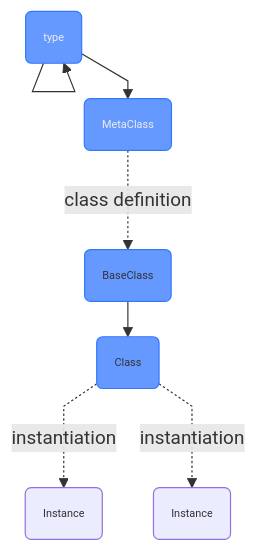
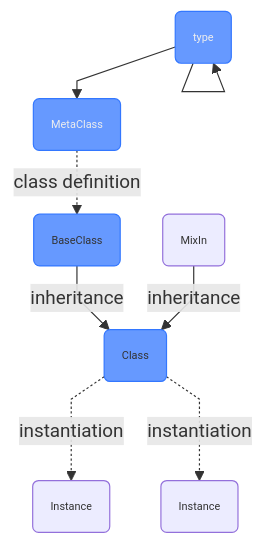
One commit to pyTooling/pyTooling changed the tenth of 14 diagrams in doc/Glossary.rst. Above: the diagram before and after it, drawn with Mermaid. The commit also changed 3 other files, not shown here.

```diff
--- a/doc/Glossary.rst
+++ b/doc/Glossary.rst
@@ -306,18 +306,20 @@
      .. mermaid::
         :caption: Relation of meta-classes, classes and instances.
 
         %%{init: { "flowchart": { "nodeSpacing": 15, "rankSpacing": 30, "curve": "linear", "useMaxWidth": false } } }%%
         graph TD
           T(type)
           ET(MetaClass)
           B(BaseClass)
+          M(MixIn)
           C(Class)
           I1(Instance);I2(Instance)
 
           T --> T
-          T:::mark1 --> ET:::mark1 -.class definition..-> B
-          B:::mark2 --> C:::mark2 -.instantiation..-> I1 & I2
+          T:::mark1 --> ET:::mark1 -.class definition.-> B
+          B:::mark2 --inheritance--> C:::mark2 -.instantiation..-> I1 & I2
+          M --inheritance--> C
 
           classDef node font-size:smaller;
           classDef mark1 fill:#69f,stroke:#37f,color:#eee,font-size:smaller;
           classDef mark2 fill:#69f,stroke:#37f,font-size:smaller;
```
